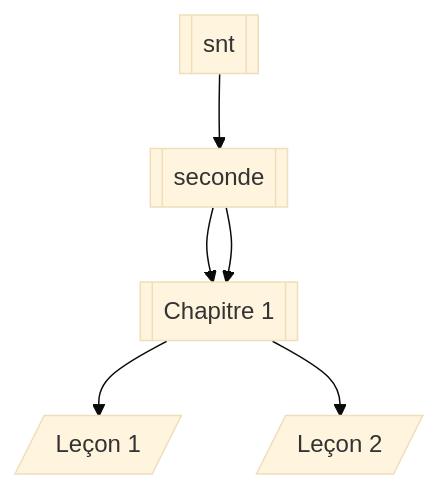
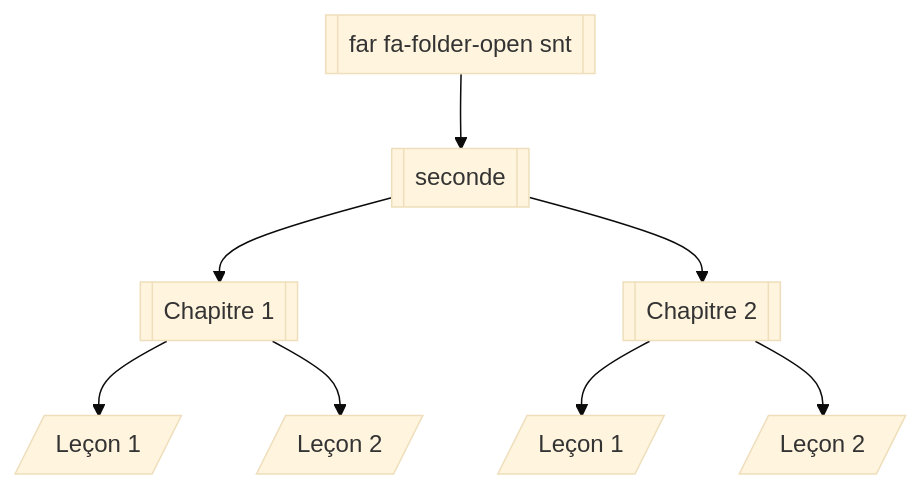
Before and after one commit to boddaert/snt: the diagram in seconde/Introduction/Introduction.md, drawn with Mermaid (base theme).

````diff
--- a/seconde/Introduction/Introduction.md
+++ b/seconde/Introduction/Introduction.md
@@ -5,8 +5,10 @@
 ```mermaid
     flowchart TB;
-        A[[snt]]-->B[[seconde]];
+        A[["far fa-folder-open snt"]]-->B[[seconde]];
         B[[seconde]]-->C[[Chapitre 1]];
-        B[[seconde]]-->C[[Chapitre 2]];
+        B[[seconde]]-->F[[Chapitre 2]];
         C[[Chapitre 1]]-->D[/Leçon 1/];
         C[[Chapitre 1]]-->E[/Leçon 2/];
+        F[[Chapitre 2]]-->G[/Leçon 1/];
+        F[[Chapitre 2]]-->H[/Leçon 2/];
 ```
````
